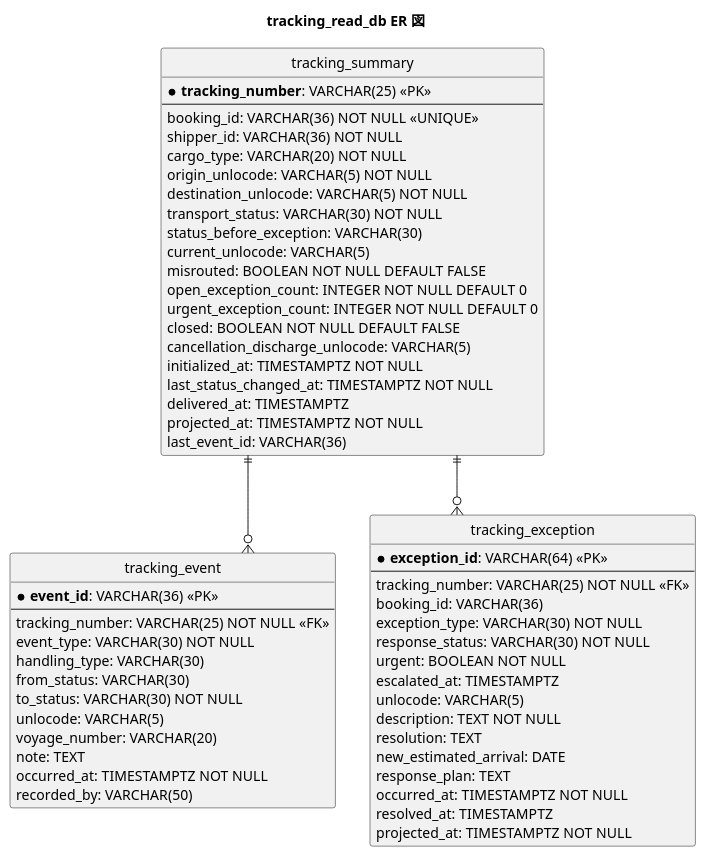
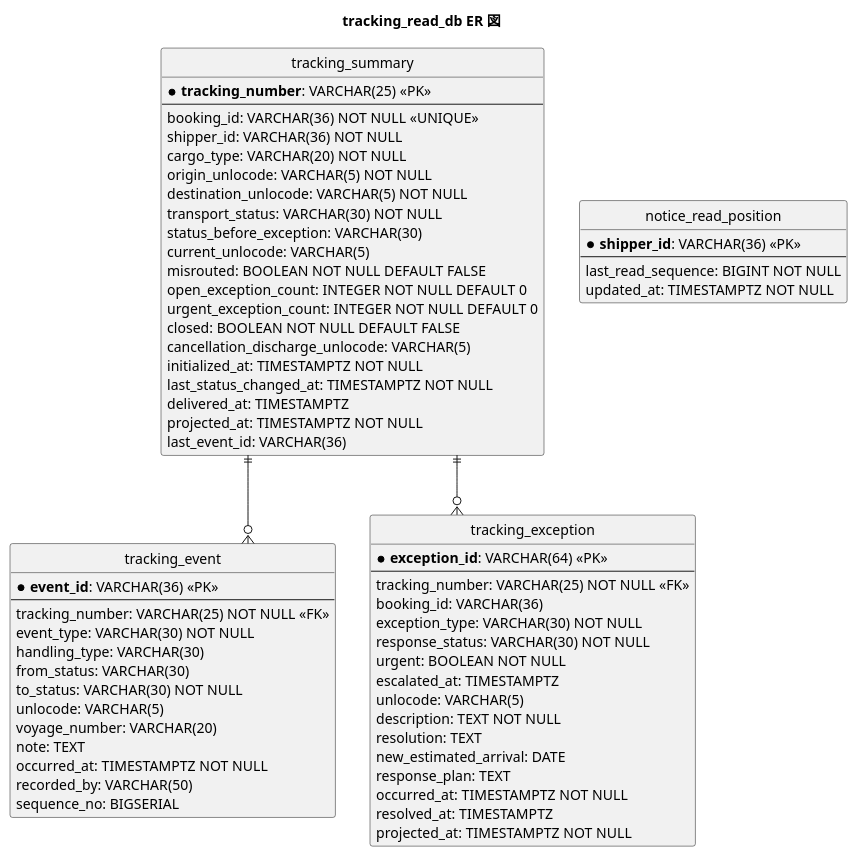
One commit to k2works/case-study-cargo-tracker changed the sixth of 11 diagrams in docs/design/cargo-tracker/data-model.md. Above: the diagram before and after it, drawn with PlantUML. The commit also changed other lines of this file and 12 other files, not shown here.

````diff
--- a/docs/design/cargo-tracker/data-model.md
+++ b/docs/design/cargo-tracker/data-model.md
@@ -502,68 +502,76 @@
 ```plantuml
 @startuml
 title tracking_read_db ER 図
 
 hide circle
 skinparam linetype ortho
 
 entity "tracking_summary" as ts {
   * **tracking_number**: VARCHAR(25) <<PK>>
   --
   booking_id: VARCHAR(36) NOT NULL <<UNIQUE>>
   shipper_id: VARCHAR(36) NOT NULL
   cargo_type: VARCHAR(20) NOT NULL
   origin_unlocode: VARCHAR(5) NOT NULL
   destination_unlocode: VARCHAR(5) NOT NULL
   transport_status: VARCHAR(30) NOT NULL
   status_before_exception: VARCHAR(30)
   current_unlocode: VARCHAR(5)
   misrouted: BOOLEAN NOT NULL DEFAULT FALSE
   open_exception_count: INTEGER NOT NULL DEFAULT 0
   urgent_exception_count: INTEGER NOT NULL DEFAULT 0
   closed: BOOLEAN NOT NULL DEFAULT FALSE
   cancellation_discharge_unlocode: VARCHAR(5)
   initialized_at: TIMESTAMPTZ NOT NULL
   last_status_changed_at: TIMESTAMPTZ NOT NULL
   delivered_at: TIMESTAMPTZ
   projected_at: TIMESTAMPTZ NOT NULL
   last_event_id: VARCHAR(36)
 }
 
 entity "tracking_event" as te {
   * **event_id**: VARCHAR(36) <<PK>>
   --
   tracking_number: VARCHAR(25) NOT NULL <<FK>>
   event_type: VARCHAR(30) NOT NULL
   handling_type: VARCHAR(30)
   from_status: VARCHAR(30)
   to_status: VARCHAR(30) NOT NULL
   unlocode: VARCHAR(5)
   voyage_number: VARCHAR(20)
   note: TEXT
   occurred_at: TIMESTAMPTZ NOT NULL
   recorded_by: VARCHAR(50)
+  sequence_no: BIGSERIAL
+}
+
+entity "notice_read_position" as nrp {
+  * **shipper_id**: VARCHAR(36) <<PK>>
+  --
+  last_read_sequence: BIGINT NOT NULL
+  updated_at: TIMESTAMPTZ NOT NULL
 }
 
 entity "tracking_exception" as tx {
   * **exception_id**: VARCHAR(64) <<PK>>
   --
   tracking_number: VARCHAR(25) NOT NULL <<FK>>
   booking_id: VARCHAR(36)
   exception_type: VARCHAR(30) NOT NULL
   response_status: VARCHAR(30) NOT NULL
   urgent: BOOLEAN NOT NULL
   escalated_at: TIMESTAMPTZ
   unlocode: VARCHAR(5)
   description: TEXT NOT NULL
   resolution: TEXT
   new_estimated_arrival: DATE
   response_plan: TEXT
   occurred_at: TIMESTAMPTZ NOT NULL
   resolved_at: TIMESTAMPTZ
   projected_at: TIMESTAMPTZ NOT NULL
 }
 
 ts ||--o{ te
 ts ||--o{ tx
 @enduml
 ```
````
